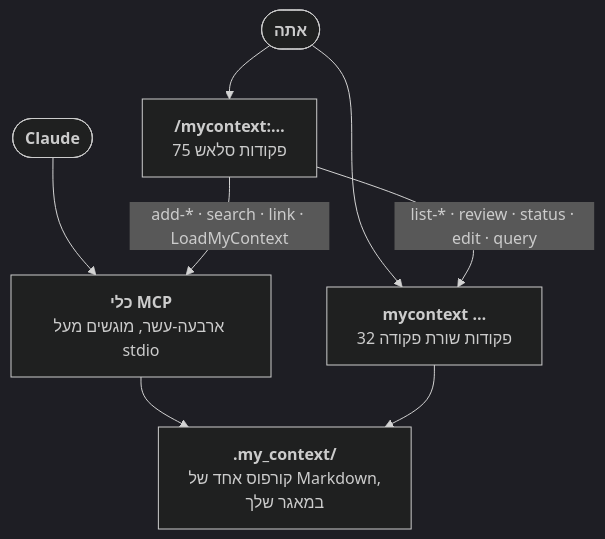
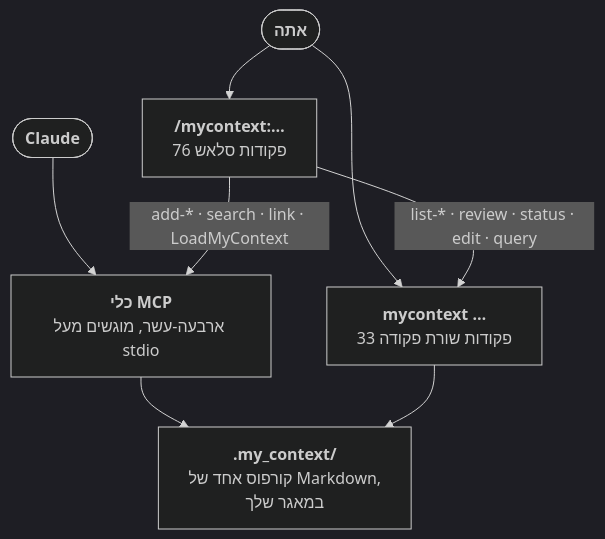
One commit to Dudi-Bar-On/my-context changed the fourth of 5 diagrams in docs/README.he.md. Above: the diagram before and after it, drawn with Mermaid (dark theme). The commit also changed other lines of this file and 10 other files, not shown here.

````diff
--- a/docs/README.he.md
+++ b/docs/README.he.md
@@ -1871,10 +1871,10 @@
 ```mermaid
 flowchart TB
-  U(["<b>אתה</b>"]) --> SL["<b>/mycontext:…</b><br/>75 פקודות סלאש"]
-  U --> CL["<b>mycontext …</b><br/>32 פקודות שורת פקודה"]
+  U(["<b>אתה</b>"]) --> SL["<b>/mycontext:…</b><br/>76 פקודות סלאש"]
+  U --> CL["<b>mycontext …</b><br/>33 פקודות שורת פקודה"]
   A(["<b>Claude</b>"]) --> TL["<b>כלי MCP</b><br/>ארבעה-עשר, מוגשים מעל stdio"]
   SL -->|"add-* · search · link · LoadMyContext"| TL
   SL -->|"list-* · review · status · edit · query"| CL
   TL --> CO["<b>.my_context/</b><br/>קורפוס אחד של Markdown,<br/>במאגר שלך"]
   CL --> CO
 ```
````
